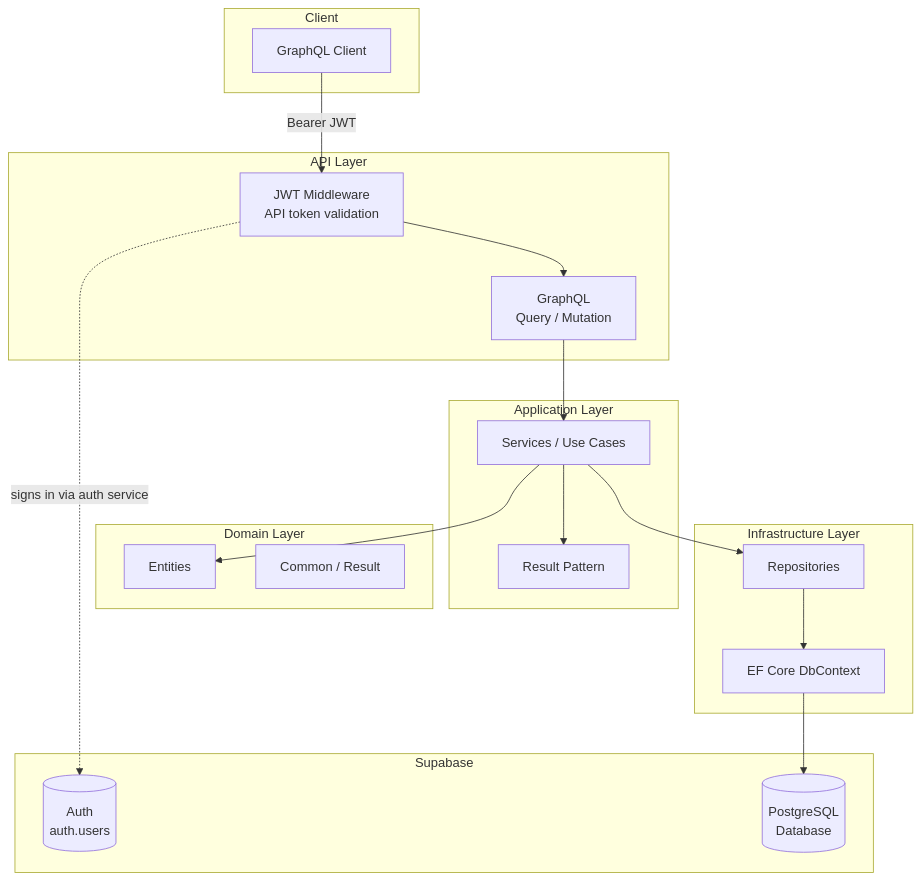
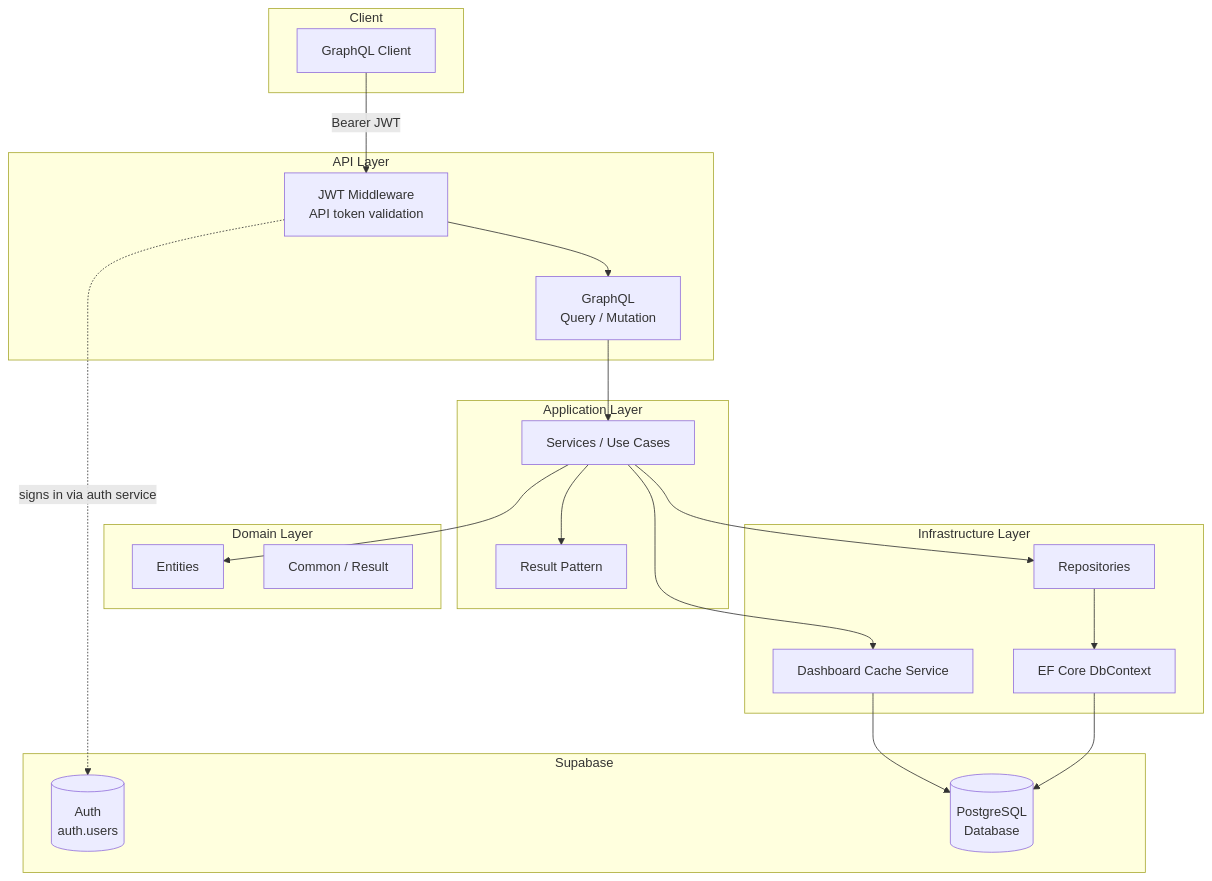
The first of 11 diagrams in docs/TRD.md (dev-personal-projects/vela), drawn with Mermaid before and after one commit. The commit also changed other lines of this file and 7 other files, not shown here.

````diff
--- a/docs/TRD.md
+++ b/docs/TRD.md
@@ -22,41 +23,44 @@
 ```mermaid
 flowchart TB
     subgraph Client
         CL[GraphQL Client]
     end
 
     subgraph API Layer
         GQL[GraphQL\nQuery / Mutation]
         AUTH[JWT Middleware\nAPI token validation]
     end
 
     subgraph Application Layer
         SVC[Services / Use Cases]
         RES[Result Pattern]
     end
 
     subgraph Domain Layer
         ENT[Entities]
         COM[Common / Result]
     end
 
     subgraph Infrastructure Layer
         REP[Repositories]
+        CACHE[Dashboard Cache Service]
         EF[EF Core DbContext]
     end
 
     subgraph Supabase
         SUPA_AUTH[(Auth\nauth.users)]
         SUPA_DB[(PostgreSQL\nDatabase)]
     end
 
     CL -- Bearer JWT --> AUTH
     AUTH --> GQL
     GQL --> SVC
     SVC --> ENT
     SVC --> REP
+    SVC --> CACHE
     REP --> EF
     EF --> SUPA_DB
+    CACHE --> SUPA_DB
     AUTH -.signs in via auth service.-> SUPA_AUTH
     SVC --> RES
 ```
````
